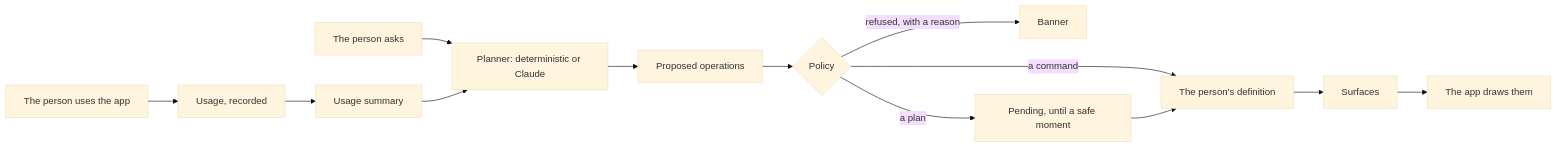
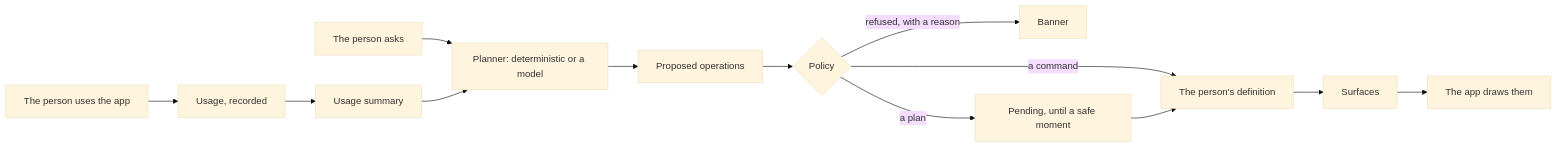
Before and after one commit to plurid/uitive: the diagram in README.md, drawn with Mermaid (base theme). The commit also changed other lines of this file and 60 other files, not shown here.

````diff
--- a/README.md
+++ b/README.md
@@ -163,14 +166,14 @@
 ```mermaid
 flowchart LR
   use[The person uses the app] --> record[Usage, recorded]
   ask[The person asks] --> planner
   record --> summary[Usage summary]
-  summary --> planner[Planner: deterministic or Claude]
+  summary --> planner[Planner: deterministic or a model]
   planner --> proposal[Proposed operations]
   proposal --> policy{Policy}
   policy -- refused, with a reason --> banner[Banner]
   policy -- a command --> definition[The person's definition]
   policy -- a plan --> pending[Pending, until a safe moment]
   pending --> definition
   definition --> surfaces[Surfaces] --> app[The app draws them]
 ```
````
